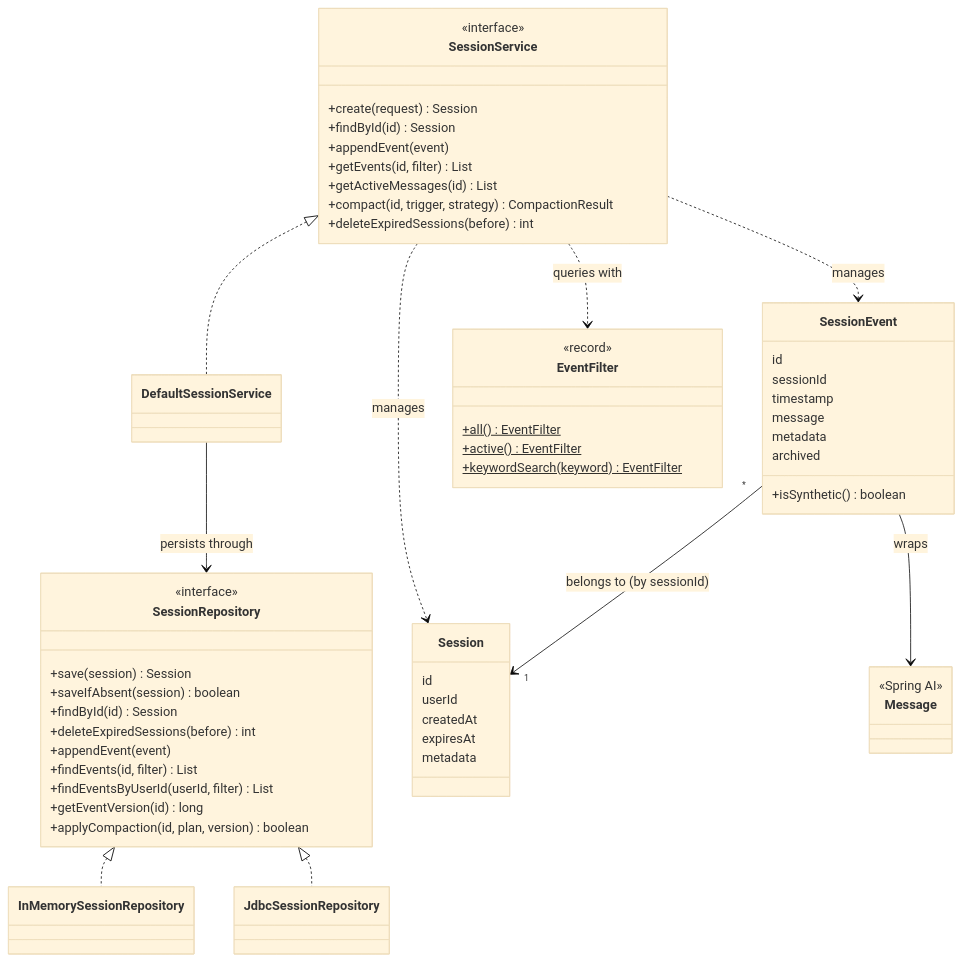
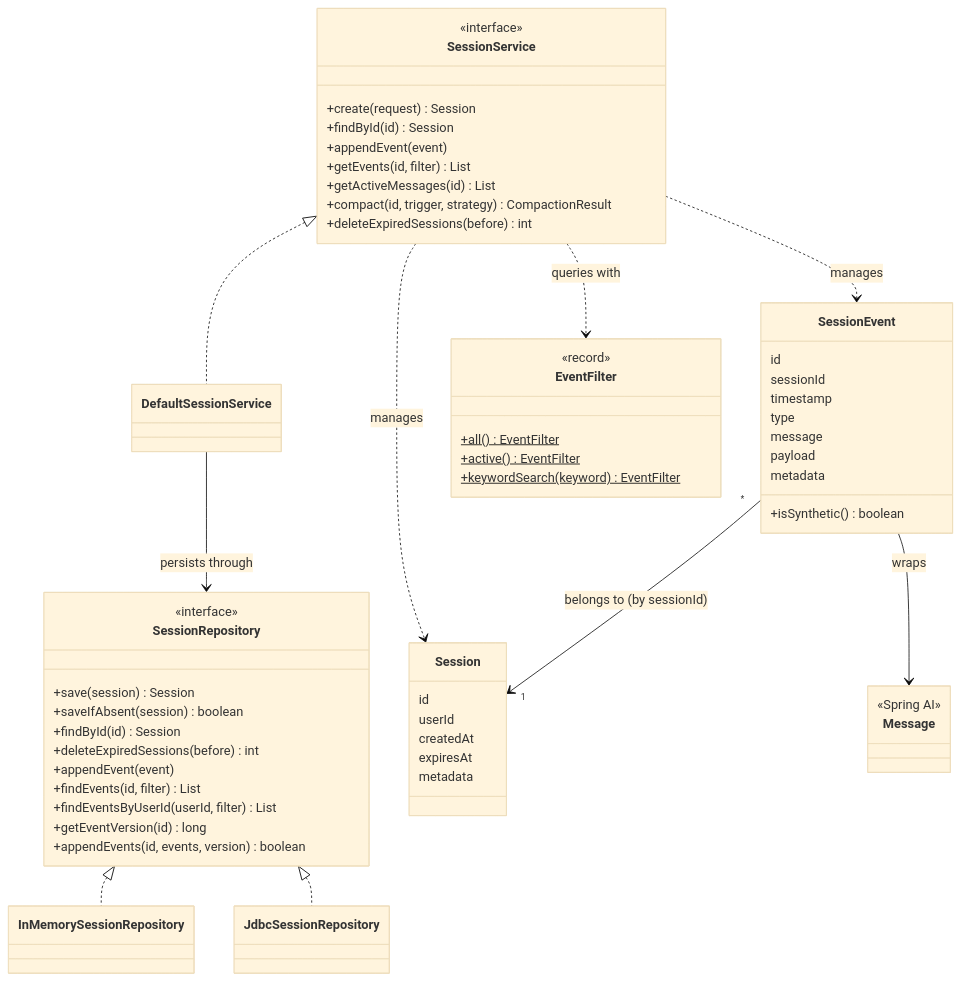
Before and after one commit to spring-ai-community/spring-ai-session: the first of 3 diagrams in docs/session-management/concepts.md, drawn with Mermaid (base theme). The commit also changed other lines of this file and 53 other files, not shown here.

````diff
--- a/docs/session-management/concepts.md
+++ b/docs/session-management/concepts.md
@@ -219,66 +223,67 @@
 ```mermaid
 classDiagram
     direction TB
 
     class SessionService {
         <<interface>>
         +create(request) Session
         +findById(id) Session
         +appendEvent(event)
         +getEvents(id, filter) List
         +getActiveMessages(id) List
         +compact(id, trigger, strategy) CompactionResult
         +deleteExpiredSessions(before) int
     }
     class DefaultSessionService
     class SessionRepository {
         <<interface>>
         +save(session) Session
         +saveIfAbsent(session) boolean
         +findById(id) Session
         +deleteExpiredSessions(before) int
         +appendEvent(event)
         +findEvents(id, filter) List
         +findEventsByUserId(userId, filter) List
         +getEventVersion(id) long
-        +applyCompaction(id, plan, version) boolean
+        +appendEvents(id, events, version) boolean
     }
     class InMemorySessionRepository
     class JdbcSessionRepository
 
     class Session {
         id
         userId
         createdAt
         expiresAt
         metadata
     }
     class SessionEvent {
         id
         sessionId
         timestamp
+        type
         message
+        payload
         metadata
-        archived
         +isSynthetic() boolean
     }
     class Message {
         <<Spring AI>>
     }
     class EventFilter {
         <<record>>
         +all()$ EventFilter
         +active()$ EventFilter
         +keywordSearch(keyword)$ EventFilter
     }
 
     SessionService <|.. DefaultSessionService
     DefaultSessionService --> SessionRepository : persists through
     SessionRepository <|.. InMemorySessionRepository
     SessionRepository <|.. JdbcSessionRepository
     SessionService ..> Session : manages
     SessionService ..> SessionEvent : manages
     SessionService ..> EventFilter : queries with
     SessionEvent "*" --> "1" Session : belongs to (by sessionId)
     SessionEvent --> Message : wraps
 ```
````
